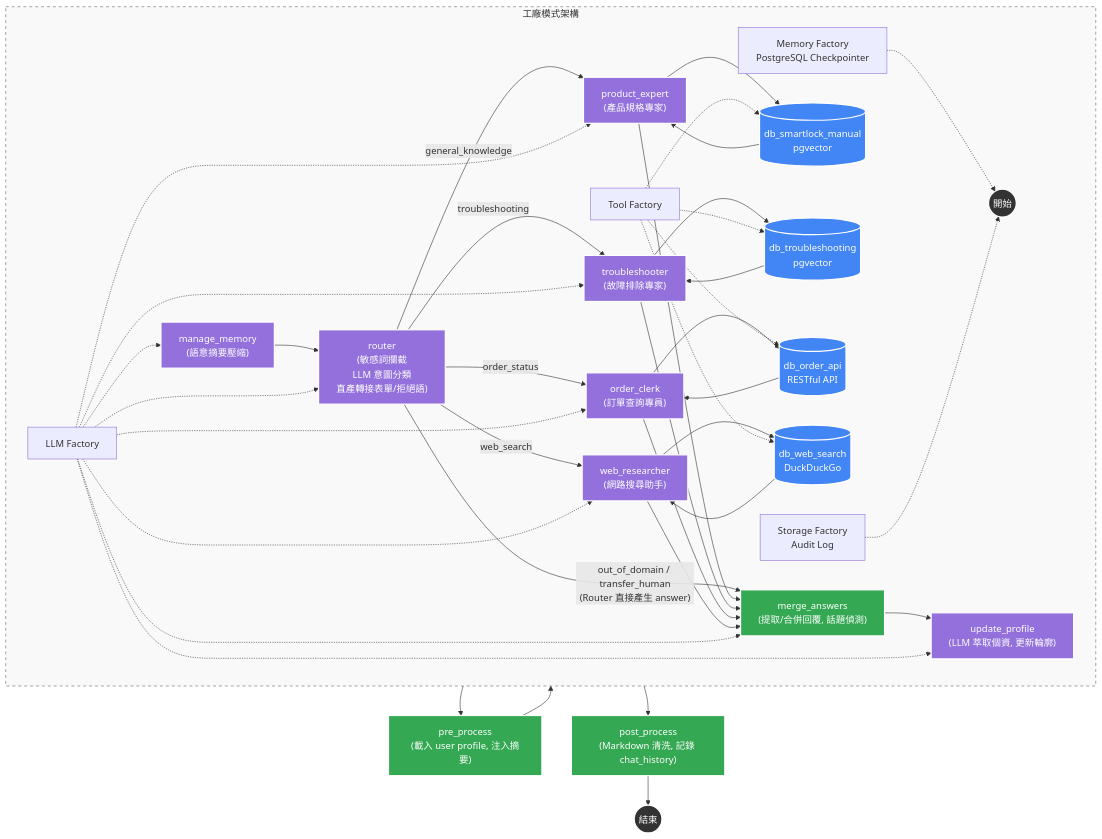
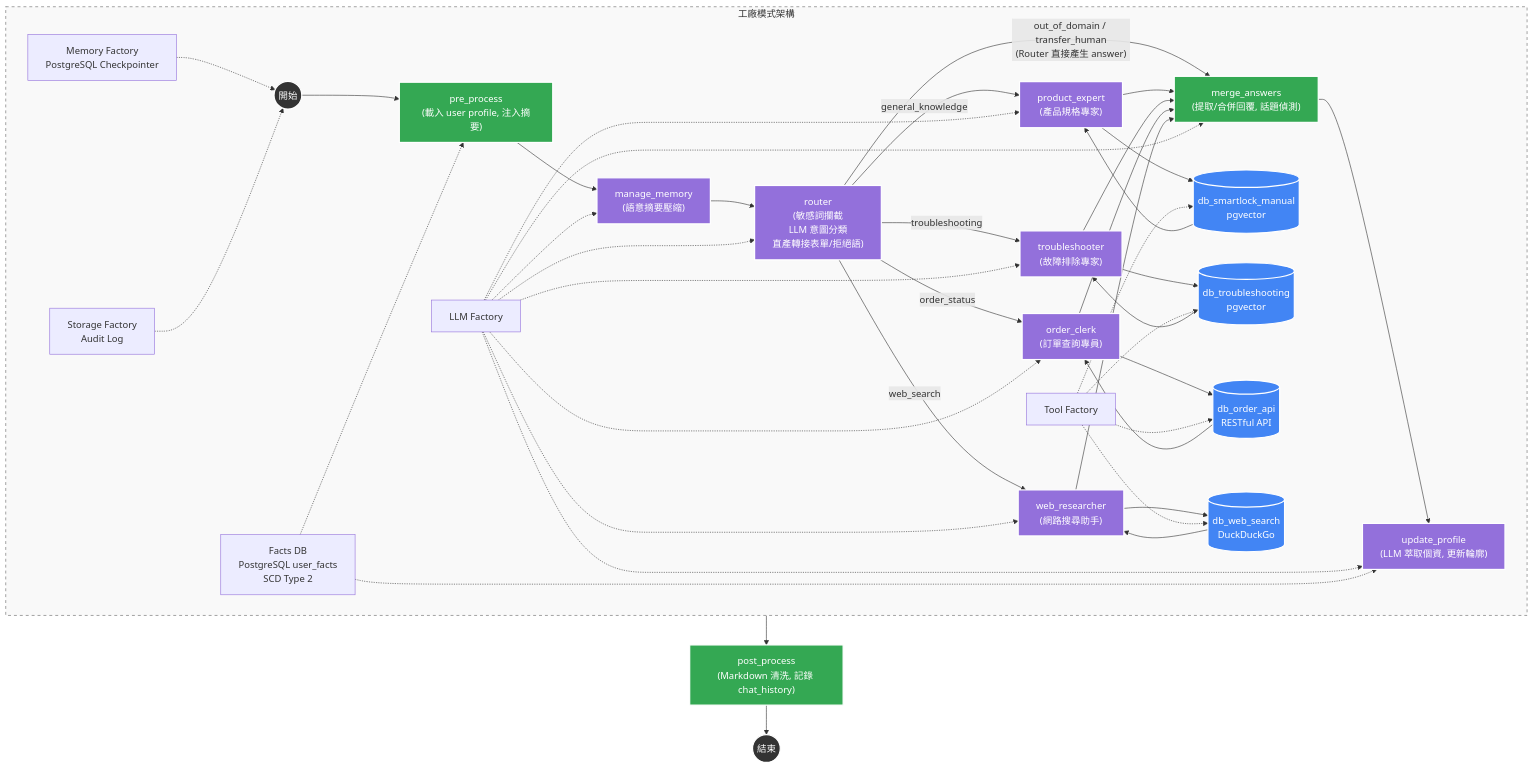
One commit to Imding1211/lock_AI_Agent changed the first of 5 diagrams in docs/manuals/系統架構與流程圖.md. Above: the diagram before and after it, drawn with Mermaid. The commit also changed other lines of this file and 15 other files, not shown here.

First line of the commit message:
feat: User Facts SQL 化，實作 SCD Type 2 版本控制

````diff
--- a/docs/manuals/系統架構與流程圖.md
+++ b/docs/manuals/系統架構與流程圖.md
@@ -3,53 +3,54 @@
 ```mermaid
 graph TD
     %% 節點樣式定義
     classDef startEnd fill:#333,stroke:#fff,stroke-width:2px,color:#fff;
     classDef llmNode fill:#9370DB,stroke:#fff,stroke-width:2px,color:#fff;
     classDef decision fill:#ff9900,stroke:#333,stroke-width:2px;
     classDef dbNode fill:#4285f4,stroke:#fff,stroke-width:2px,color:#fff;
     classDef actionNode fill:#34a853,stroke:#fff,stroke-width:2px,color:#fff;
     classDef note fill:#f9f9f9,stroke:#666,stroke-dasharray: 5 5;
 
     %% 核心流程
     START((開始)):::startEnd --> pre_process["pre_process<br/>(載入 user profile, 注入摘要)"]:::actionNode
     pre_process --> manage_memory["manage_memory<br/>(語意摘要壓縮)"]:::llmNode
     manage_memory --> router["router<br/>(敏感詞攔截<br/>LLM 意圖分類<br/>直產轉接表單/拒絕語)"]:::llmNode
 
     %% 意圖分流（Send() fan-out，多意圖可平行派發）
     router -- "general_knowledge" --> PE["product_expert<br/>(產品規格專家)"]:::llmNode
     router -- "troubleshooting" --> TS["troubleshooter<br/>(故障排除專家)"]:::llmNode
     router -- "order_status" --> OC["order_clerk<br/>(訂單查詢專員)"]:::llmNode
     router -- "web_search" --> WR["web_researcher<br/>(網路搜尋助手)"]:::llmNode
     router -- "out_of_domain / transfer_human<br/>(Router 直接產生 answer)" --> merge_answers
 
     %% Agent 子圖（agent_llm ↔ tool_node 迴圈）
     PE --> PE_TOOL[("db_smartlock_manual<br/>pgvector")]:::dbNode
     TS --> TS_TOOL[("db_troubleshooting<br/>pgvector")]:::dbNode
     OC --> OC_TOOL[("db_order_api<br/>RESTful API")]:::dbNode
     WR --> WR_TOOL[("db_web_search<br/>DuckDuckGo")]:::dbNode
 
     PE_TOOL --> PE
     TS_TOOL --> TS
     OC_TOOL --> OC
     WR_TOOL --> WR
 
     %% 匯流
     PE --> merge_answers["merge_answers<br/>(提取/合併回覆, 話題偵測)"]:::actionNode
     TS --> merge_answers
     OC --> merge_answers
     WR --> merge_answers
     merge_answers --> update_profile["update_profile<br/>(LLM 萃取個資, 更新輪廓)"]:::llmNode
     update_profile --> post_process["post_process<br/>(Markdown 清洗, 記錄 chat_history)"]:::actionNode
     post_process --> END((結束)):::startEnd
 
     %% 底層支援
     subgraph Support_Layer [工廠模式架構]
         direction LR
         f1[LLM Factory] -.-> manage_memory & router & PE & TS & OC & WR & merge_answers & update_profile
         f2[Memory Factory<br/>PostgreSQL Checkpointer] -.-> START
         f3[Tool Factory] -.-> PE_TOOL & TS_TOOL & OC_TOOL & WR_TOOL
         f4[Storage Factory<br/>Audit Log] -.-> START
+        f5[Facts DB<br/>PostgreSQL user_facts<br/>SCD Type 2] -.-> pre_process & update_profile
     end
     class Support_Layer note
 
 ```
````
